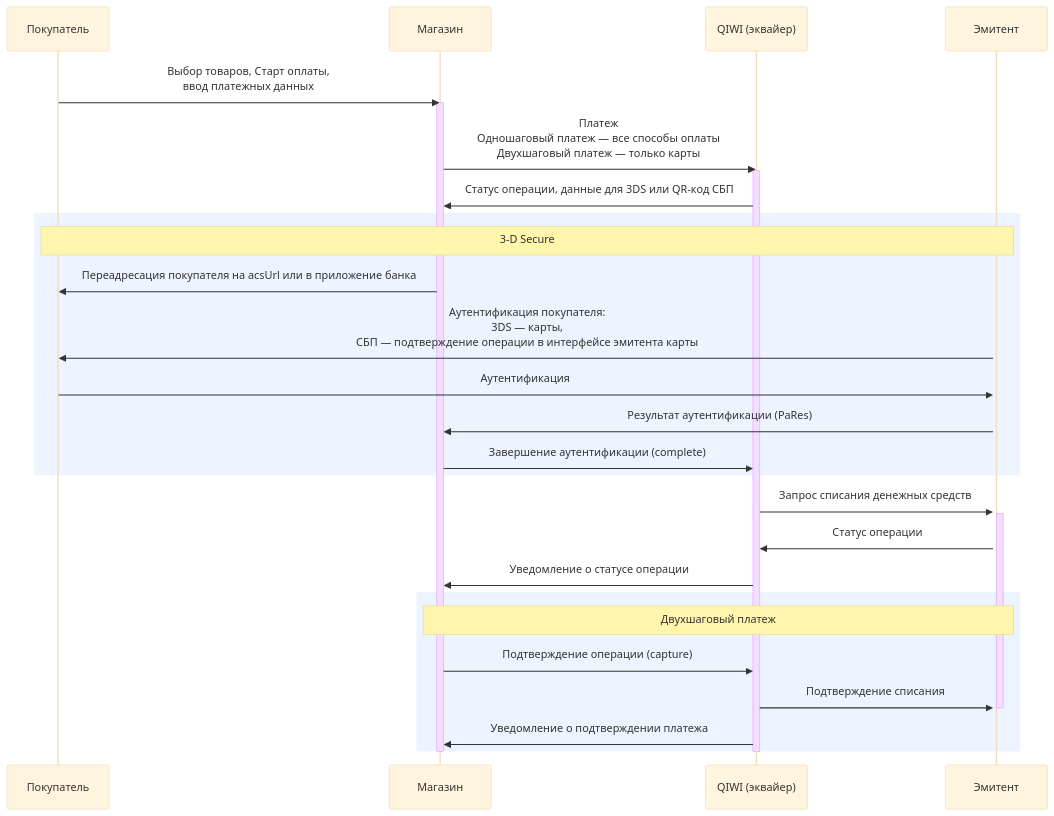
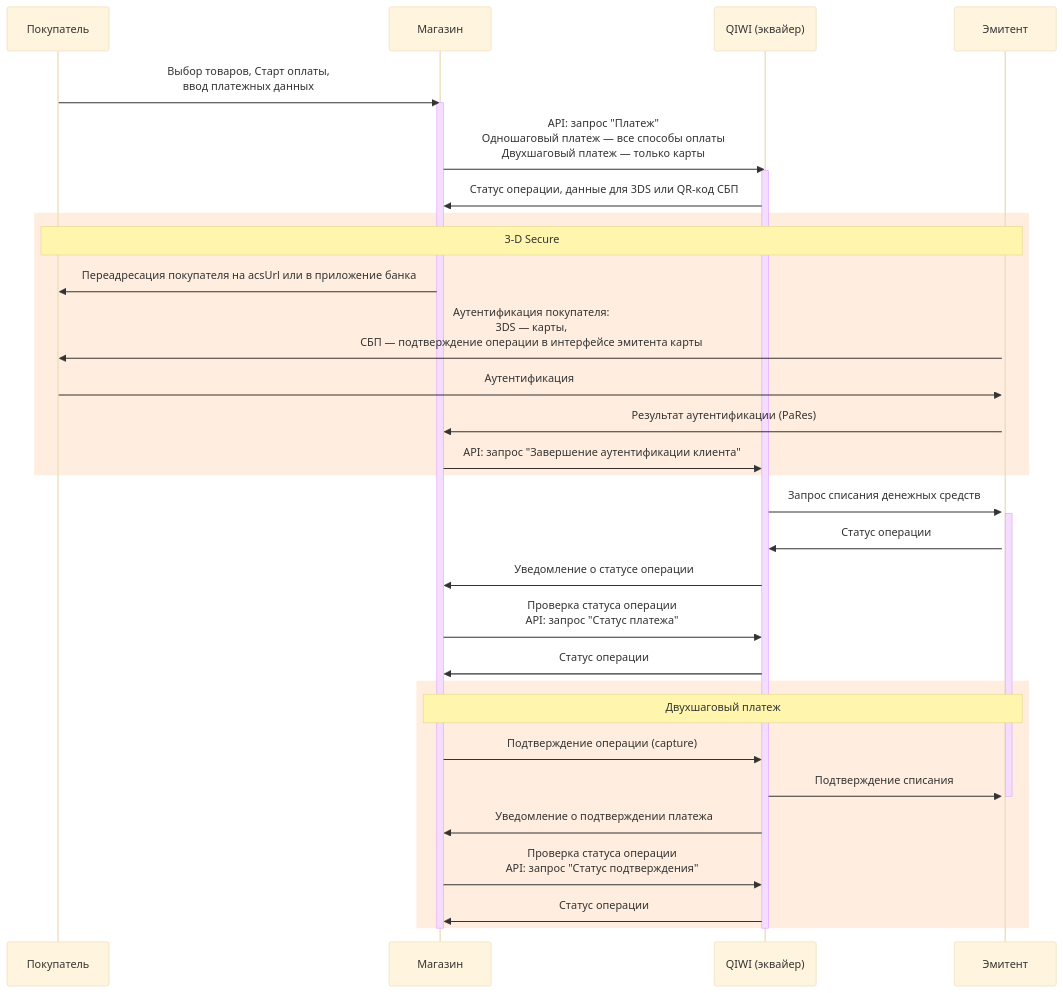
The diagram in _merchant-form_ru.html.md (QIWI-API/payments-docs), drawn with Mermaid (base theme) before and after one commit. The commit also changed other lines of this file and 17 other files, not shown here.

```diff
--- a/_merchant-form_ru.html.md
+++ b/_merchant-form_ru.html.md
@@ -18,34 +18,38 @@
 <div class="mermaid">
 sequenceDiagram
 participant customer as Покупатель
 participant store as Магазин
 participant qb as QIWI (эквайер)
 participant ips as Эмитент
 customer->>store:Выбор товаров, Старт оплаты,<br/>ввод платежных данных
 activate store
-store->>qb:Платеж<br/>Одношаговый платеж — все способы оплаты<br/>Двухшаговый платеж — только карты
+store->>qb:API: запрос "Платеж"<br/>Одношаговый платеж — все способы оплаты<br/>Двухшаговый платеж — только карты
 activate qb
 qb->>store:Статус операции, данные для 3DS или QR-код СБП
-rect rgb(237, 243, 255)
+rect rgb(255, 238, 223)
 Note over customer, ips:3-D Secure
 store->>customer:Переадресация покупателя на acsUrl или в приложение банка
 activate ips
 ips->>customer:Аутентификация покупателя:<br/>3DS — карты,<br/>СБП — подтверждение операции в интерфейсе эмитента карты
 customer->>ips:Аутентификация
 ips->>store:Результат аутентификации (PaRes)
-store->>qb:Завершение аутентификации (complete)
+store->>qb:API: запрос "Завершение аутентификации клиента"
 end
 qb->>ips:Запрос списания денежных средств
 activate ips
 ips->>qb:Статус операции
 qb->>store:Уведомление о статусе операции
-rect rgb(237, 243, 255)
+store->>qb: Проверка статуса операции<br/>API: запрос "Статус платежа"
+qb->>store: Статус операции
+rect rgb(255, 238, 223)
 Note over store, ips:Двухшаговый платеж
 store->>qb:Подтверждение операции (capture)
 qb->>ips:Подтверждение списания
 deactivate ips
 qb->>store:Уведомление о подтверждении платежа
+store->>qb: Проверка статуса операции<br/>API: запрос "Статус подтверждения"
+qb->>store: Статус операции
 end
 deactivate qb
 deactivate store
 </div>
```
